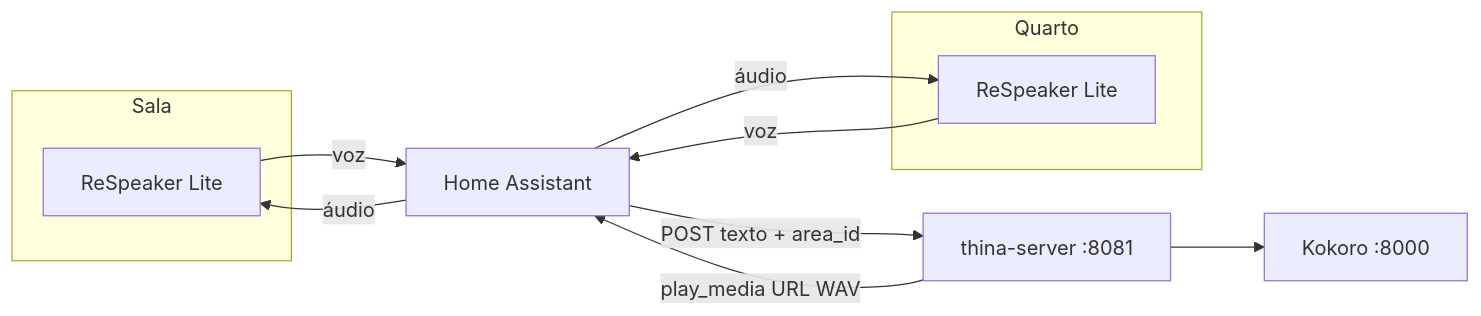
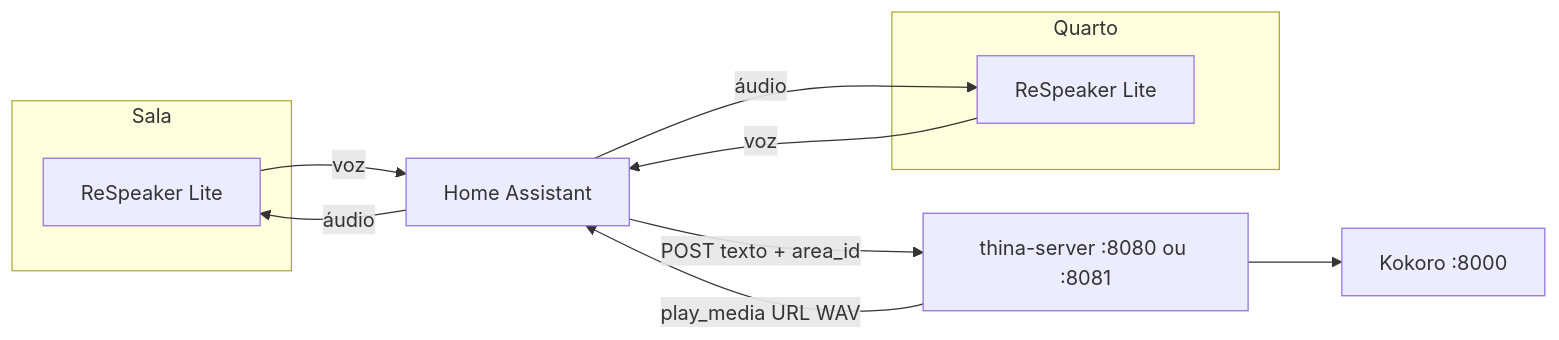
Before and after one commit to thorello/Thina: the diagram in docs/integracao-respeaker-lite.md, drawn with Mermaid. The commit also changed other lines of this file and 22 other files, not shown here.

````diff
--- a/docs/integracao-respeaker-lite.md
+++ b/docs/integracao-respeaker-lite.md
@@ -25,20 +29,20 @@
 ```mermaid
 flowchart LR
     subgraph sala [Sala]
         R1[ReSpeaker Lite]
     end
     subgraph quarto [Quarto]
         R2[ReSpeaker Lite]
     end
     HA[Home Assistant]
-    T[thina-server :8081]
+    T[thina-server :8080 ou :8081]
     K[Kokoro :8000]
 
     R1 -->|voz| HA
     R2 -->|voz| HA
     HA -->|POST texto + area_id| T
     T --> K
     T -->|play_media URL WAV| HA
     HA -->|áudio| R1
     HA -->|áudio| R2
 ```
````
